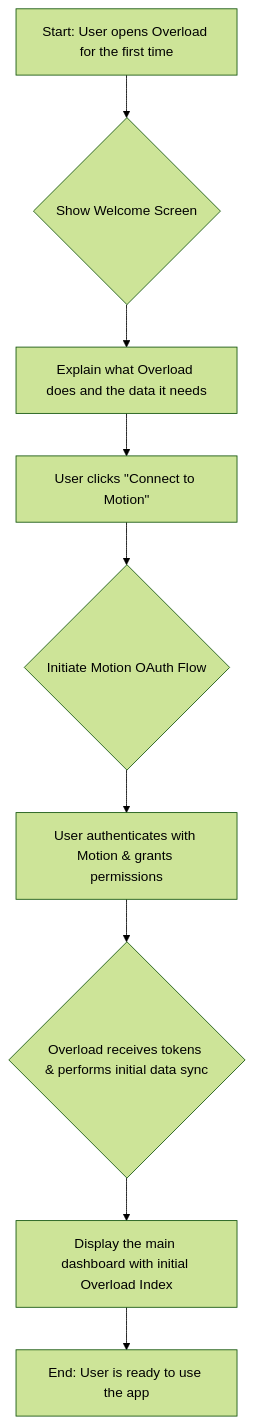
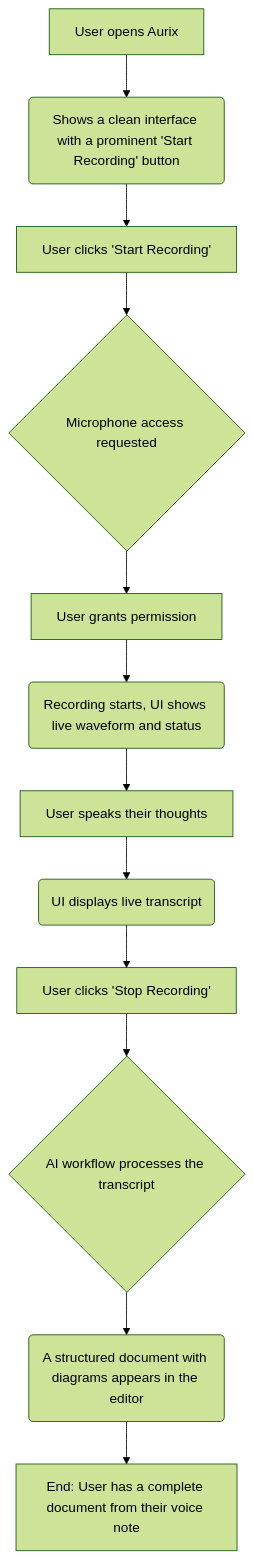
Before and after one commit to PSkinnerTech/overload: the first of 2 diagrams in _docs/docs/user-journey.md, drawn with Mermaid (forest theme). The commit also changed other lines of this file and 11 other files, not shown here.

````diff
--- a/_docs/docs/user-journey.md
+++ b/_docs/docs/user-journey.md
@@ -11,11 +9,14 @@
 ```mermaid
 flowchart TD
-    A[Start: User opens Overload for the first time] --> B{Show Welcome Screen}
-    B --> C[Explain what Overload does and the data it needs]
-    C --> D[User clicks &quot;Connect to Motion&quot;]
-    D --> E{Initiate Motion OAuth Flow}
-    E --> F[User authenticates with Motion & grants permissions]
-    F --> G{Overload receives tokens & performs initial data sync}
-    G --> H[Display the main dashboard with initial Overload Index]
-    H --> I[End: User is ready to use the app]
+    A[User opens Aurix] --> B(Shows a clean interface with a prominent 'Start Recording' button);
+    B --> C[User clicks 'Start Recording'];
+    C --> D{Microphone access requested};
+    D --> E[User grants permission];
+    E --> F(Recording starts, UI shows live waveform and status);
+    F --> G[User speaks their thoughts];
+    G --> H(UI displays live transcript);
+    H --> I[User clicks 'Stop Recording'];
+    I --> J{AI workflow processes the transcript};
+    J --> K(A structured document with diagrams appears in the editor);
+    K --> L[End: User has a complete document from their voice note];
 ```
````
